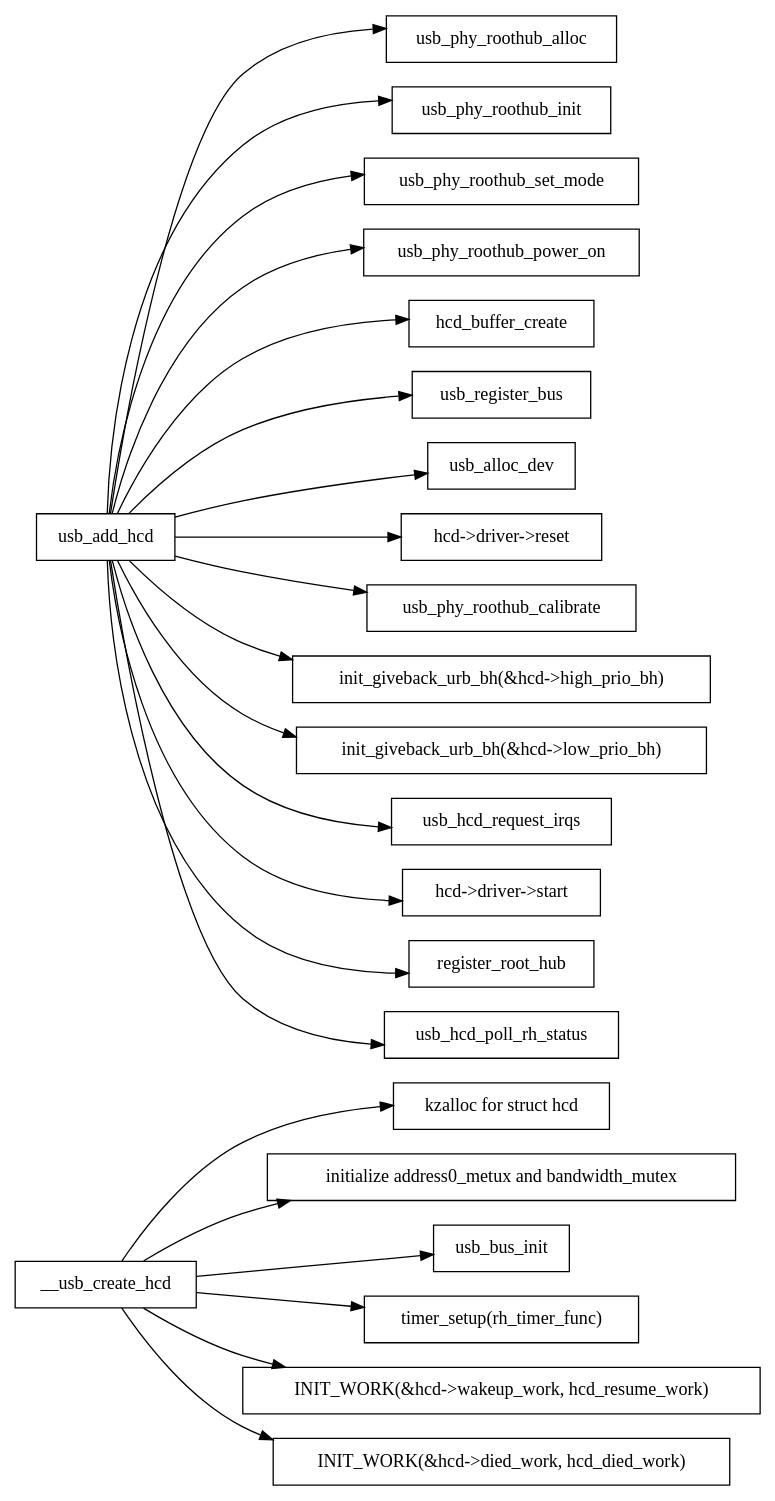
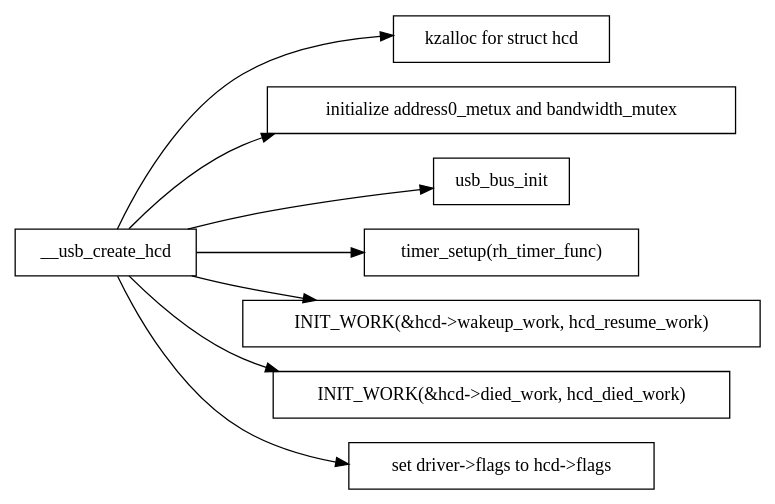
One commit to Bigyellow722/linux-blog changed the first of 2 diagrams in usb/xhci.org. Above: the diagram before and after it, drawn with Graphviz. The commit also changed other lines of this file and 9 other files, not shown here.

```diff
--- a/usb/xhci.org
+++ b/usb/xhci.org
@@ -17,31 +43,17 @@
-#+begin_src dot :file pic/usb-add-hcd.png
+#+begin_src dot :file pic/usb-create-hcd.png
   digraph {
       rankdir=LR;
       node [ shape=record ];
 
       __usb_create_hcd -> "kzalloc for struct hcd";
       __usb_create_hcd -> "initialize address0_metux and bandwidth_mutex";
       __usb_create_hcd -> usb_bus_init;
       __usb_create_hcd -> "timer_setup(rh_timer_func)";
       __usb_create_hcd -> "INIT_WORK(&hcd->wakeup_work, hcd_resume_work)";
       __usb_create_hcd -> "INIT_WORK(&hcd->died_work, hcd_died_work)";
-    
-      usb_add_hcd -> usb_phy_roothub_alloc;
-      usb_add_hcd -> usb_phy_roothub_init;
-      usb_add_hcd -> usb_phy_roothub_set_mode;
-      usb_add_hcd -> usb_phy_roothub_power_on;
-      usb_add_hcd -> hcd_buffer_create;
-      usb_add_hcd -> usb_register_bus;
-      usb_add_hcd -> usb_alloc_dev;
-      usb_add_hcd -> "hcd->driver->reset";
-      usb_add_hcd -> usb_phy_roothub_calibrate;
-      usb_add_hcd -> "init_giveback_urb_bh(&hcd->high_prio_bh)";
-      usb_add_hcd -> "init_giveback_urb_bh(&hcd->low_prio_bh)";
-      usb_add_hcd -> usb_hcd_request_irqs;
-      usb_add_hcd -> "hcd->driver->start";
-      usb_add_hcd -> register_root_hub;
-      usb_add_hcd -> usb_hcd_poll_rh_status;
+      __usb_create_hcd -> "set driver->flags to hcd->flags"
+
   }
-  
+
 
 #+end_src
```
